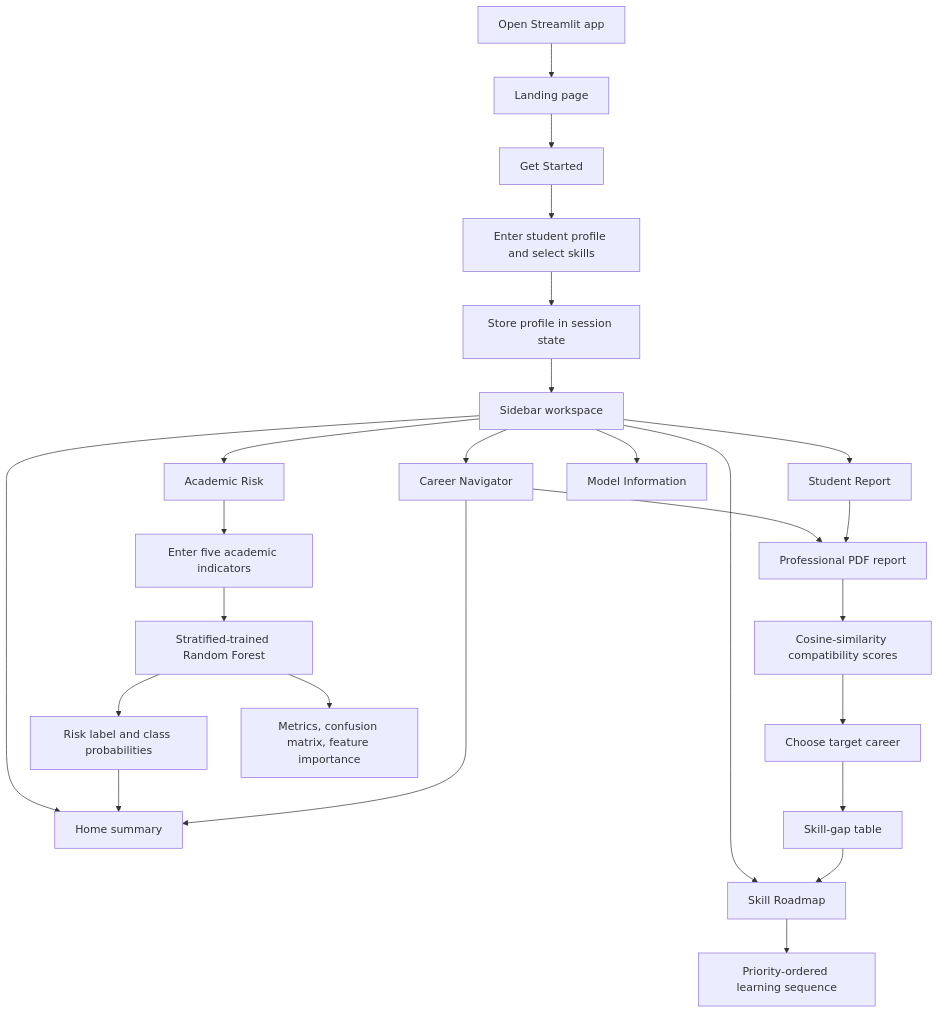
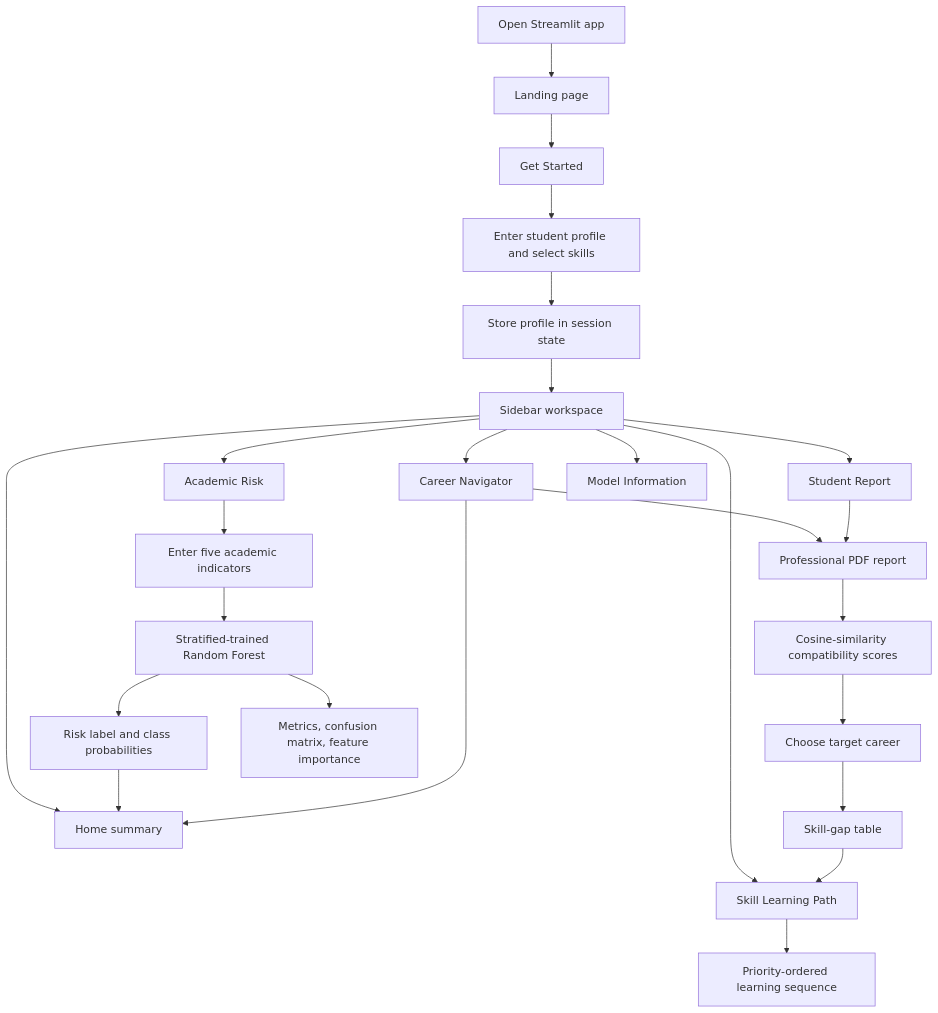
The diagram in README.md (shazfa13/ML_Student_career_navigator), drawn with Mermaid before and after one commit. The commit also changed other lines of this file and 2 other files, not shown here.

Commit message:
Add learning path

````diff
--- a/README.md
+++ b/README.md
@@ -178,27 +178,27 @@
 ```mermaid
 flowchart TD
     A[Open Streamlit app] --> B[Landing page]
     B --> C[Get Started]
     C --> D[Enter student profile and select skills]
     D --> E[Store profile in session state]
     E --> F[Sidebar workspace]
     F --> G[Career Navigator]
     F --> H[Academic Risk]
-      F --> I[Skill Roadmap]
+      F --> I[Skill Learning Path]
       F --> J[Student Report]
       F --> K[Home summary]
       F --> L[Model Information]
       G --> N[Build skill vectors]
       N --> O[Cosine-similarity compatibility scores]
       O --> P[Choose target career]
       P --> Q[Skill-gap table]
       Q --> I
       I --> M[Priority-ordered learning sequence]
       H --> S[Enter five academic indicators]
       S --> T[Stratified-trained Random Forest]
       T --> U[Risk label and class probabilities]
       T --> V[Metrics, confusion matrix, feature importance]
       U --> K
       G --> K
       J --> N[Professional PDF report]
 ```
````
